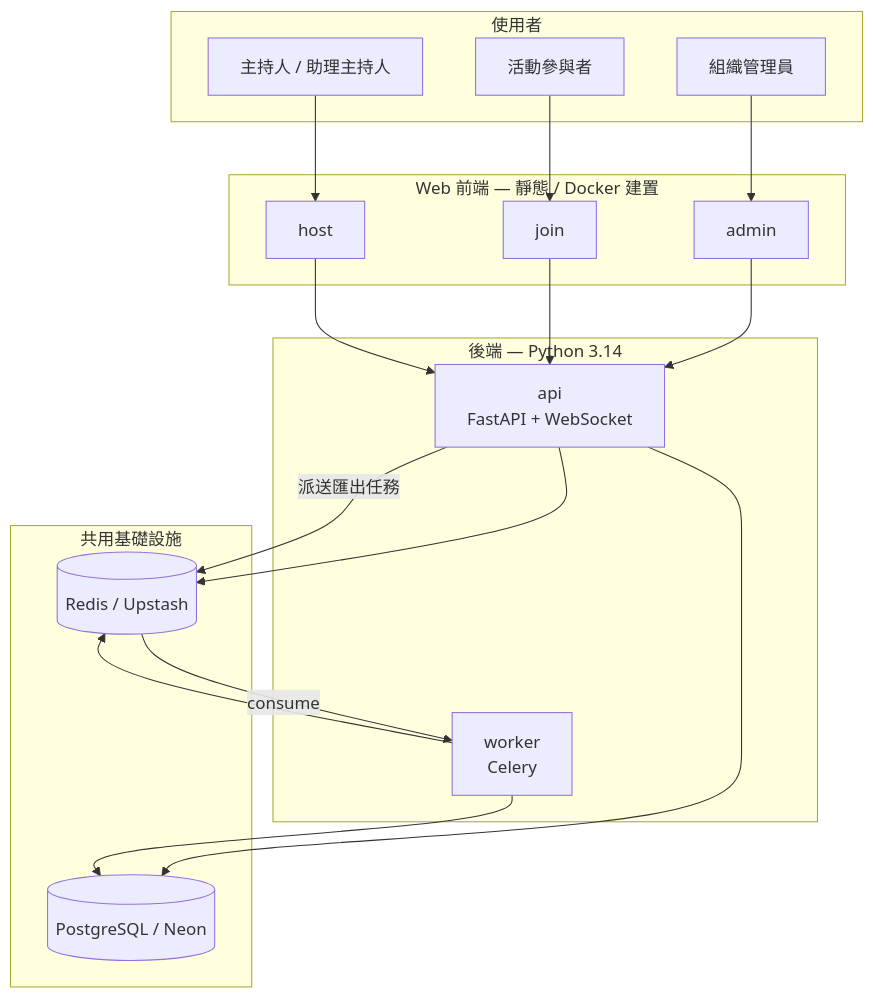
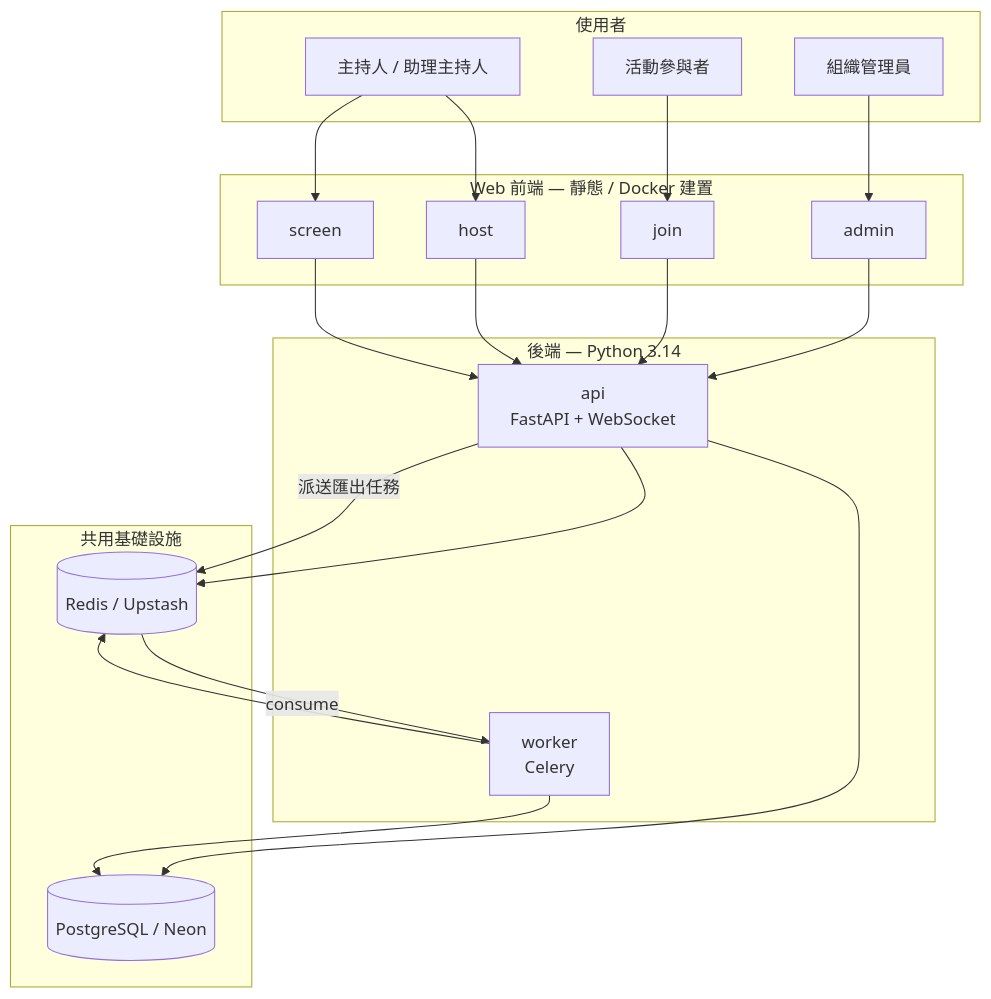
One commit to taiwanveo/LiveEngage_v2 changed the diagram in docs/服務架構.md. Above: the diagram before and after it, drawn with Mermaid. The commit also changed other lines of this file and 67 other files, not shown here.

First line of the commit message:
feat(screen): 獨立投影 App 與 Host 遙控切換

````diff
--- a/docs/服務架構.md
+++ b/docs/服務架構.md
@@ -10,39 +10,42 @@
 ```mermaid
 flowchart TB
   subgraph users [使用者]
     HostUser[主持人 / 助理主持人]
     PartUser[活動參與者]
     AdminUser[組織管理員]
   end
 
   subgraph fe [Web 前端 — 靜態 / Docker 建置]
     host[host]
     join[join]
+    screen[screen]
     admin[admin]
   end
 
   subgraph be [後端 — Python 3.14]
     api[api<br/>FastAPI + WebSocket]
     worker[worker<br/>Celery]
   end
 
   subgraph infra [共用基礎設施]
     PG[(PostgreSQL / Neon)]
     Redis[(Redis / Upstash)]
   end
 
   HostUser --> host
   PartUser --> join
+  HostUser --> screen
   AdminUser --> admin
 
   host --> api
   join --> api
+  screen --> api
   admin --> api
 
   api --> PG
   api --> Redis
   api -->|派送匯出任務| Redis
   Redis -->|consume| worker
   worker --> PG
   worker --> Redis
 ```
````
